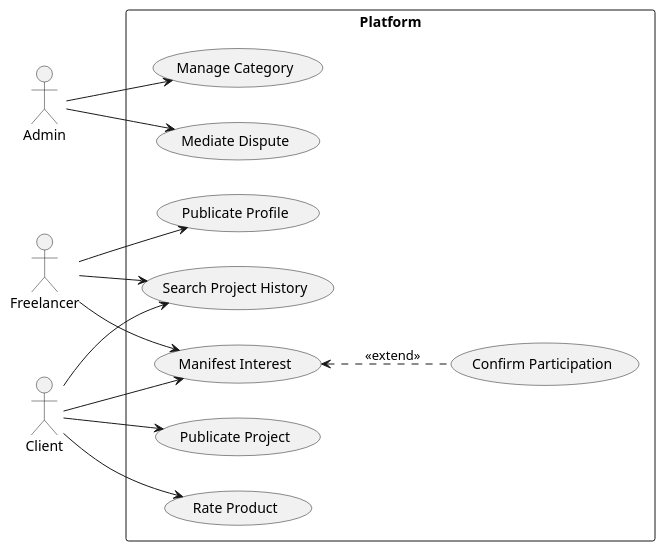
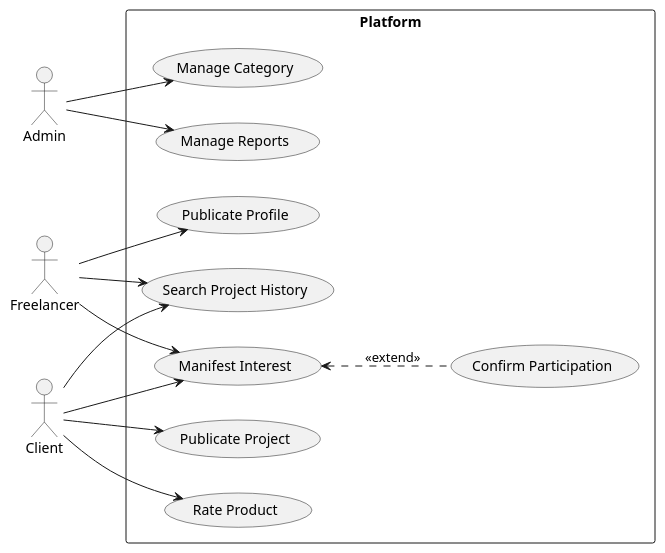
Before and after one commit to Pesagniya/privatevoid: the diagram in docs/usecases2.puml, drawn with PlantUML.

```diff
--- a/docs/usecases2.puml
+++ b/docs/usecases2.puml
@@ -1,35 +1,35 @@
 @startuml
 left to right direction
 skinparam packageStyle rectangle
 
 actor Admin as admin
 actor Freelancer as freelancer
 actor Client as client
 
 rectangle "Platform" {
     usecase "Manage Category" as manageCategory
-    usecase "Mediate Dispute" as mediateDispute
+    usecase "Manage Reports" as mediateDispute
     
     usecase "Publicate Profile" as publicateProfile
     usecase "Search Project History" as searchProjectHistory
     usecase "Manifest Interest" as manifestInterest
     usecase "Confirm Participation" as confirmParticipation
     
     usecase "Publicate Project" as publicateProject
     usecase "Rate Product" as rateProduct
     
     manifestInterest <.. confirmParticipation : <<extend>>
     
     admin --> manageCategory
     admin --> mediateDispute
     
     freelancer --> publicateProfile
     freelancer --> searchProjectHistory
     freelancer --> manifestInterest
     
     client --> searchProjectHistory
     client --> manifestInterest
     client --> publicateProject
     client --> rateProduct
 }
 @enduml
```
